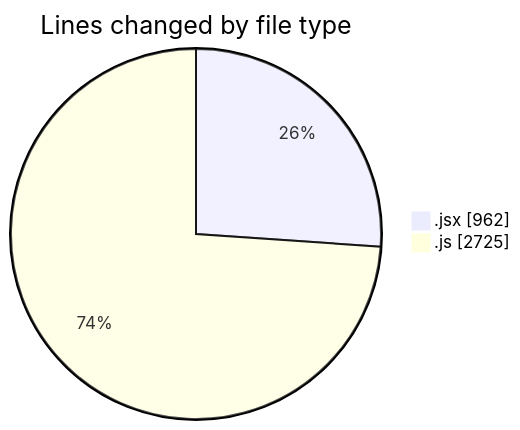
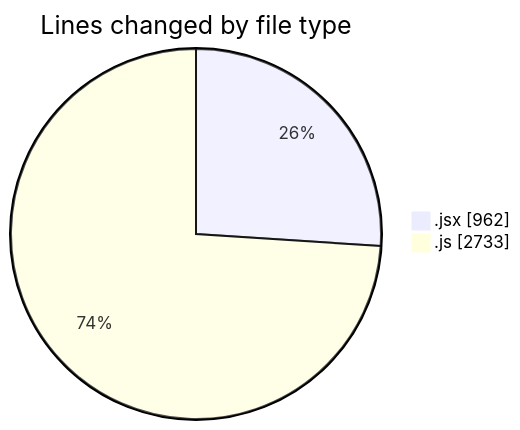
Before and after one commit to nxtqubesakshisongat/code-tracking: the first of 2 diagrams in 2025-11-07/nxtqube_webapp/README.md, drawn with Mermaid. The commit also changed other lines of this file and 1 other file, not shown here.

````diff
--- a/2025-11-07/nxtqube_webapp/README.md
+++ b/2025-11-07/nxtqube_webapp/README.md
@@ -24,6 +24,6 @@
 ```mermaid
 pie showData
 title Lines changed by file type
 ".jsx" : 962
-".js" : 2725
+".js" : 2733
 ```
````
